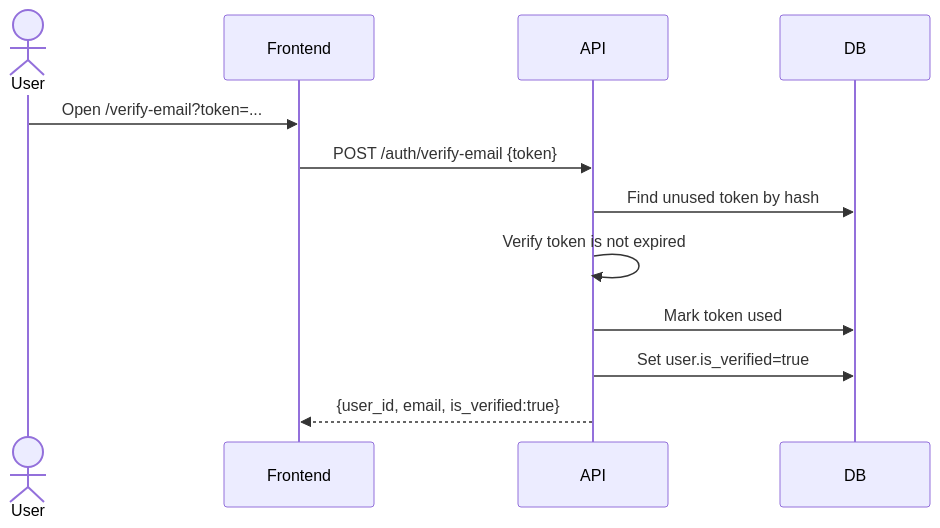
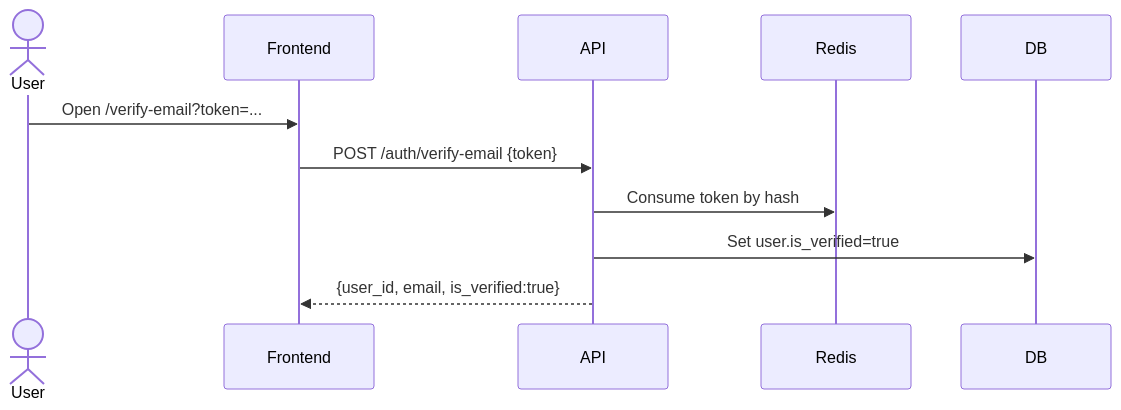
One commit to Jaxongir1006/ai-interview-prep-api changed the fifth of 7 diagrams in docs/specs/flows/auth.md. Above: the diagram before and after it, drawn with Mermaid. The commit also changed other lines of this file and 49 other files, not shown here.

````diff
--- a/docs/specs/flows/auth.md
+++ b/docs/specs/flows/auth.md
@@ -117,15 +118,14 @@
 ```mermaid
 sequenceDiagram
     actor User
     participant Frontend
     participant API
+    participant Redis
     participant DB
 
     User->>Frontend: Open /verify-email?token=...
     Frontend->>API: POST /auth/verify-email {token}
-    API->>DB: Find unused token by hash
-    API->>API: Verify token is not expired
-    API->>DB: Mark token used
+    API->>Redis: Consume token by hash
     API->>DB: Set user.is_verified=true
     API-->>Frontend: {user_id, email, is_verified:true}
 ```
````
